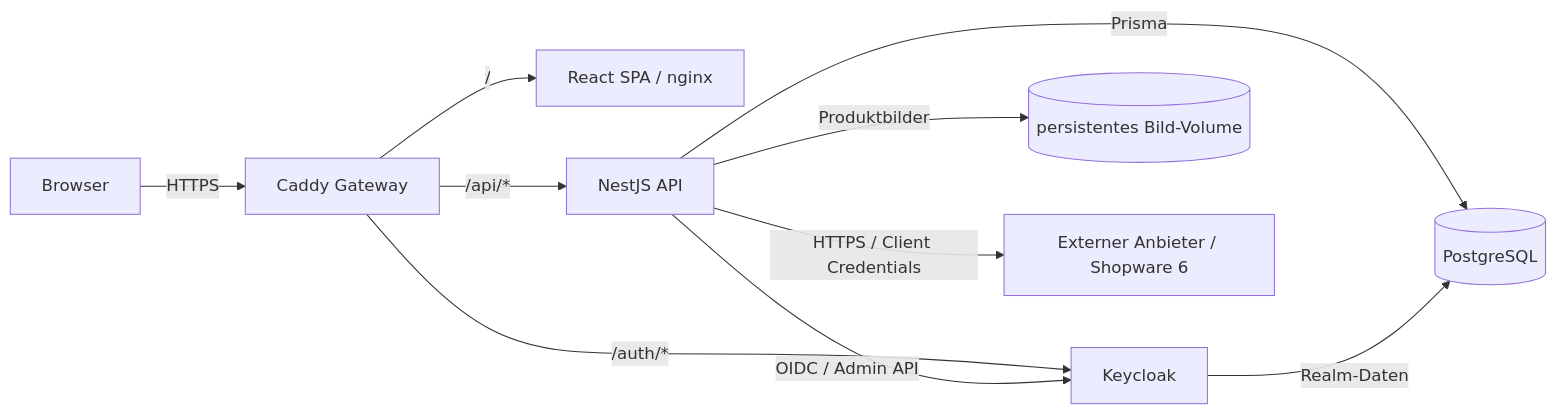
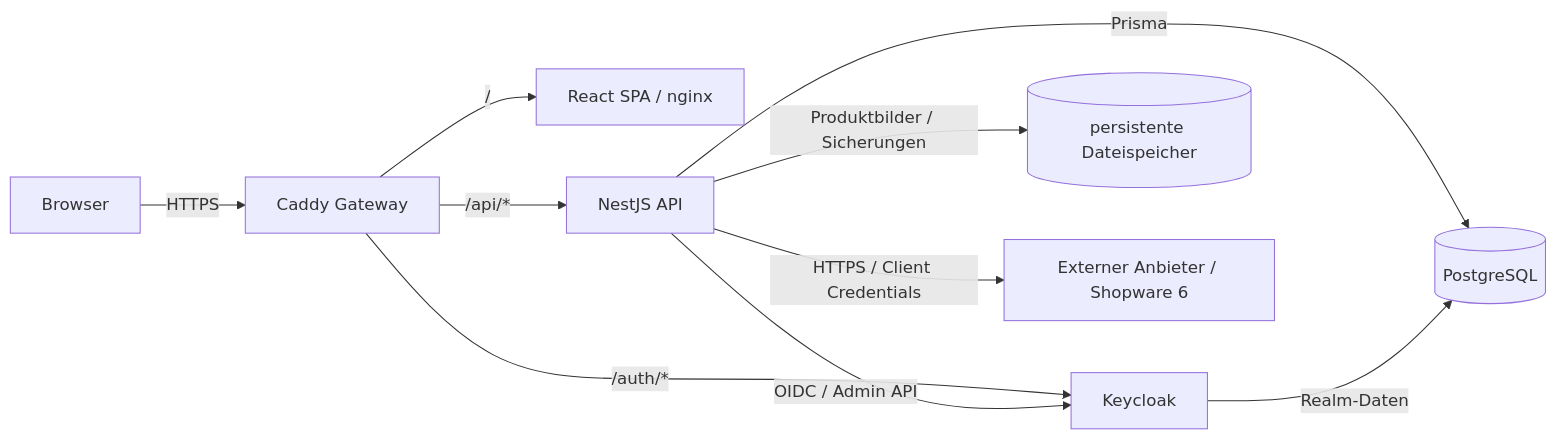
One commit to adwes1/CMS_ERP changed the diagram in docs/PROJEKTDOKUMENTATION.md. Above: the diagram before and after it, drawn with Mermaid. The commit also changed other lines of this file and 12 other files, not shown here.

````diff
--- a/docs/PROJEKTDOKUMENTATION.md
+++ b/docs/PROJEKTDOKUMENTATION.md
@@ -309,12 +353,12 @@
 ```mermaid
 flowchart LR
     B["Browser"] -->|"HTTPS"| G["Caddy Gateway"]
     G -->|"/"| W["React SPA / nginx"]
     G -->|"/api/*"| A["NestJS API"]
     G -->|"/auth/*"| K["Keycloak"]
     A -->|"Prisma"| P[("PostgreSQL")]
-    A -->|"Produktbilder"| I[("persistentes Bild-Volume")]
+    A -->|"Produktbilder / Sicherungen"| I[("persistente Dateispeicher")]
     A -->|"OIDC / Admin API"| K
     A -->|"HTTPS / Client Credentials"| E["Externer Anbieter / Shopware 6"]
     K -->|"Realm-Daten"| P
 ```
````
